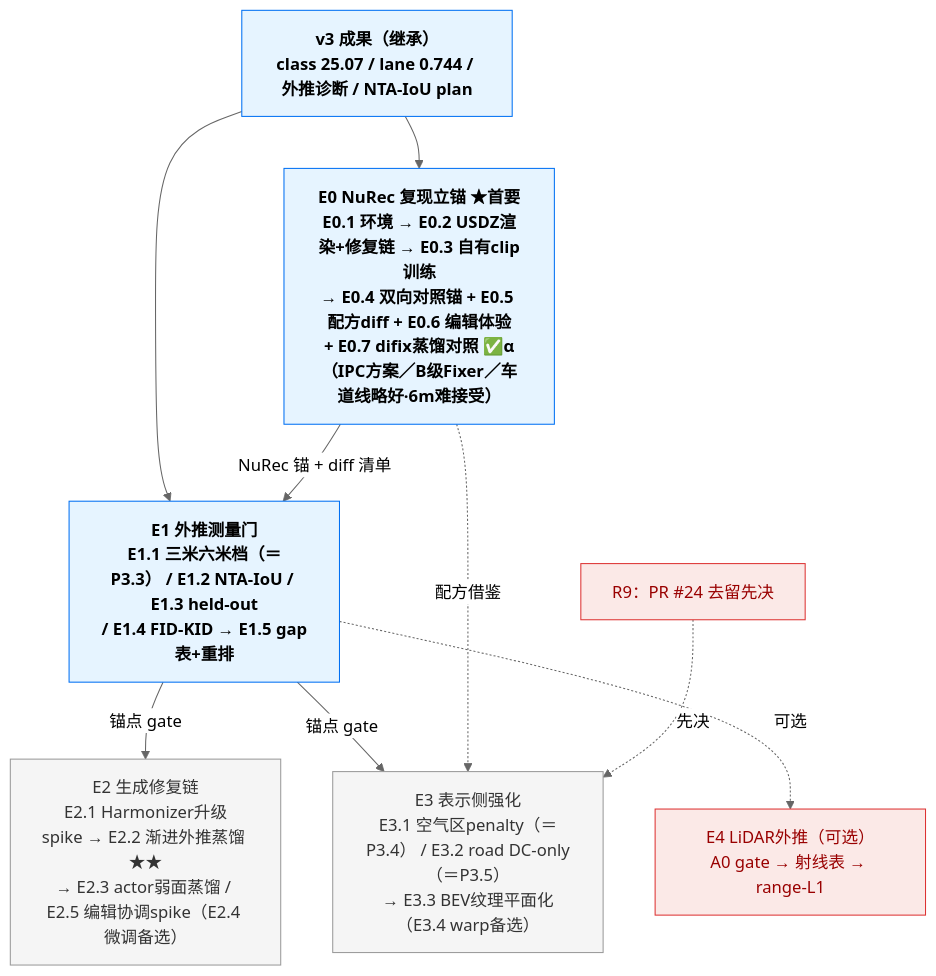
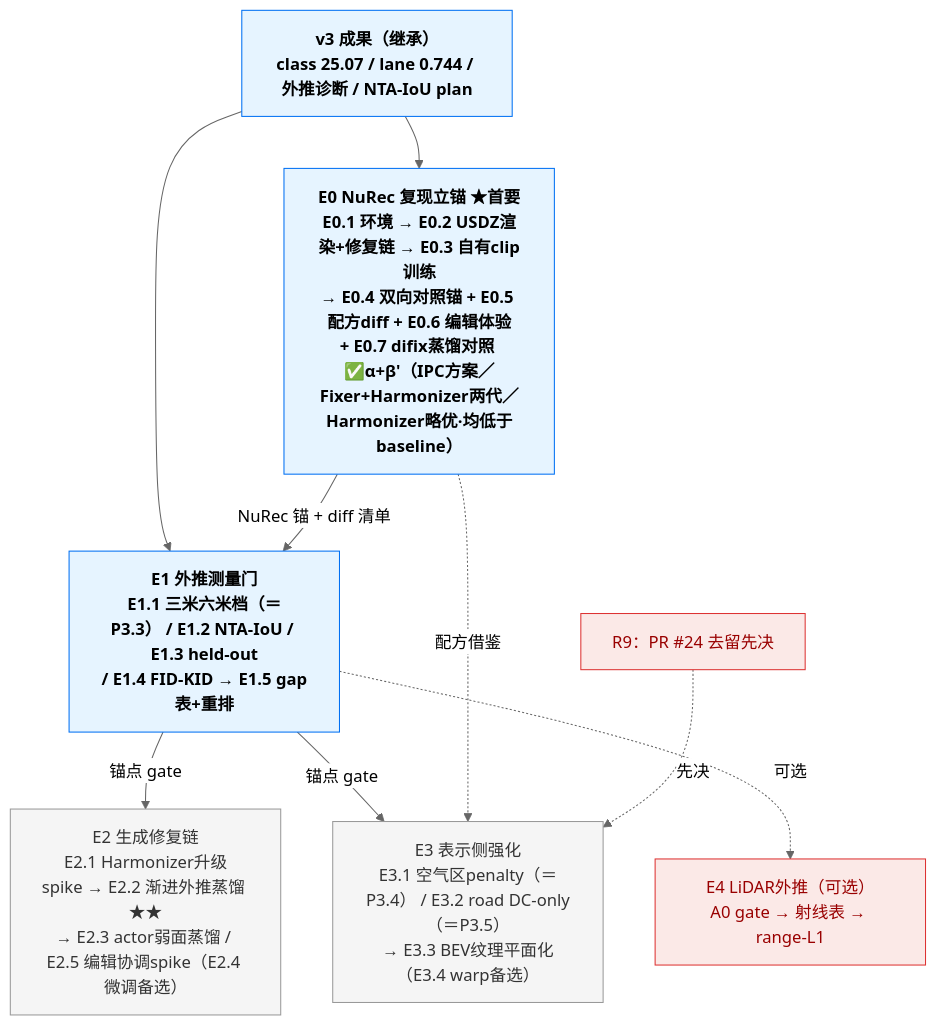
The second of 2 diagrams in v4_plan.md (etendue/3dgrut), drawn with Mermaid (neutral theme) before and after one commit. The commit also changed other lines of this file, not shown here.

Commit message:
docs(plan): sync E0.7 β' (Harmonizer-as-Fixer) done into v4 kanban/汇总/依赖图

````diff
--- a/v4_plan.md
+++ b/v4_plan.md
@@ -164,23 +164,23 @@
 ```mermaid
 flowchart TD
   classDef gate fill:#e6f4ff,stroke:#0070f3,color:#000,font-weight:bold
   classDef todo fill:#f5f5f5,stroke:#999,color:#333
   classDef opt fill:#fbe9e7,stroke:#d33,color:#900
 
   v3["v3 成果（继承）<br/>class 25.07 / lane 0.744 / 外推诊断 / NTA-IoU plan"]:::gate
-  E0["E0 NuRec 复现立锚 ★首要<br/>E0.1 环境 → E0.2 USDZ渲染+修复链 → E0.3 自有clip训练<br/>→ E0.4 双向对照锚 + E0.5 配方diff + E0.6 编辑体验<br/>+ E0.7 difix蒸馏对照 ✅α（IPC方案／B级Fixer／车道线略好·6m难接受）"]:::gate
+  E0["E0 NuRec 复现立锚 ★首要<br/>E0.1 环境 → E0.2 USDZ渲染+修复链 → E0.3 自有clip训练<br/>→ E0.4 双向对照锚 + E0.5 配方diff + E0.6 编辑体验<br/>+ E0.7 difix蒸馏对照 ✅α+β'（IPC方案／Fixer+Harmonizer两代／Harmonizer略优·均低于baseline）"]:::gate
   E1["E1 外推测量门<br/>E1.1 三米六米档（＝P3.3） / E1.2 NTA-IoU / E1.3 held-out<br/>/ E1.4 FID-KID → E1.5 gap表+重排"]:::gate
   E2["E2 生成修复链<br/>E2.1 Harmonizer升级spike → E2.2 渐进外推蒸馏 ★★<br/>→ E2.3 actor弱面蒸馏 / E2.5 编辑协调spike（E2.4 微调备选）"]:::todo
   E3["E3 表示侧强化<br/>E3.1 空气区penalty（＝P3.4） / E3.2 road DC-only（＝P3.5）<br/>→ E3.3 BEV纹理平面化（E3.4 warp备选）"]:::todo
   E4["E4 LiDAR外推（可选）<br/>A0 gate → 射线表 → range-L1"]:::opt
   PR24["R9：PR #24 去留先决"]:::opt
 
   v3 --> E0
   v3 --> E1
   E0 -->|NuRec 锚 + diff 清单| E1
   E1 -->|锚点 gate| E2
   E1 -->|锚点 gate| E3
   E0 -.配方借鉴.-> E3
   PR24 -.先决.-> E3
   E1 -.可选.-> E4
 ```
````
